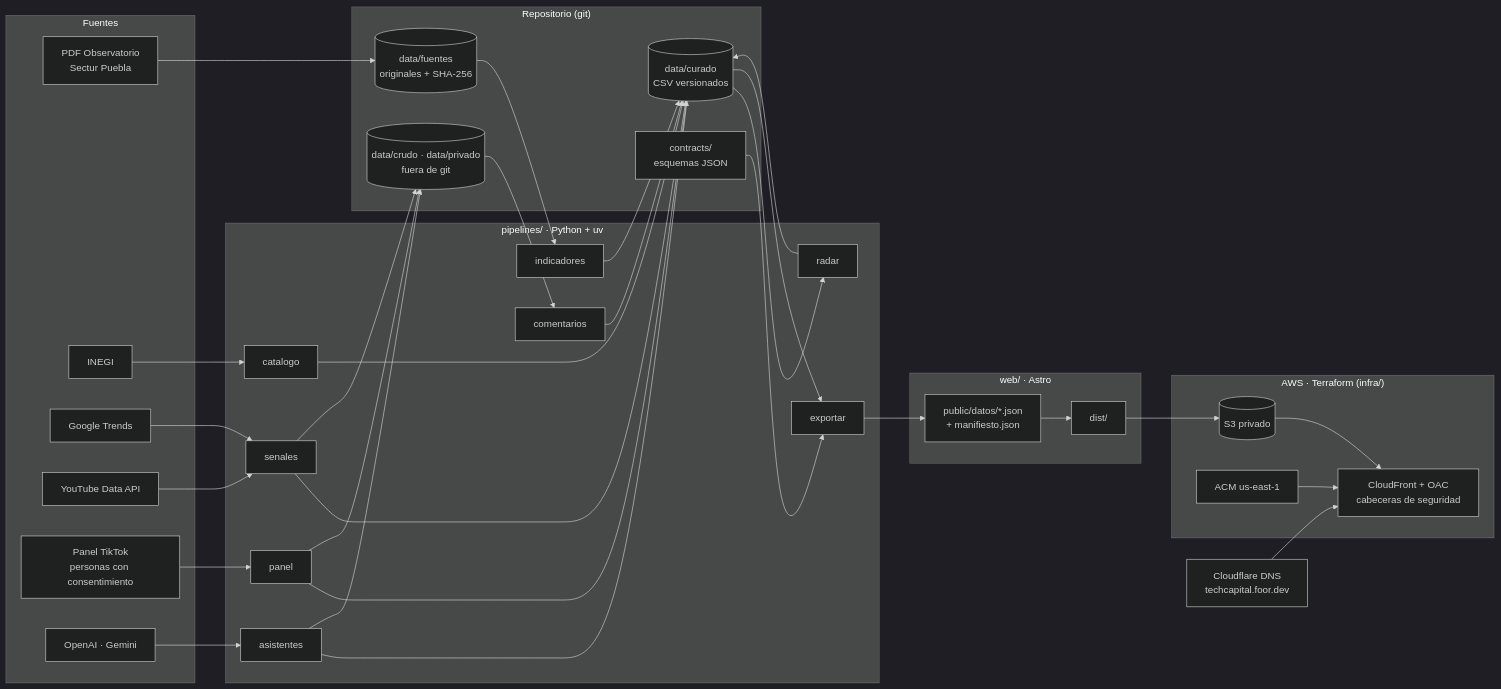
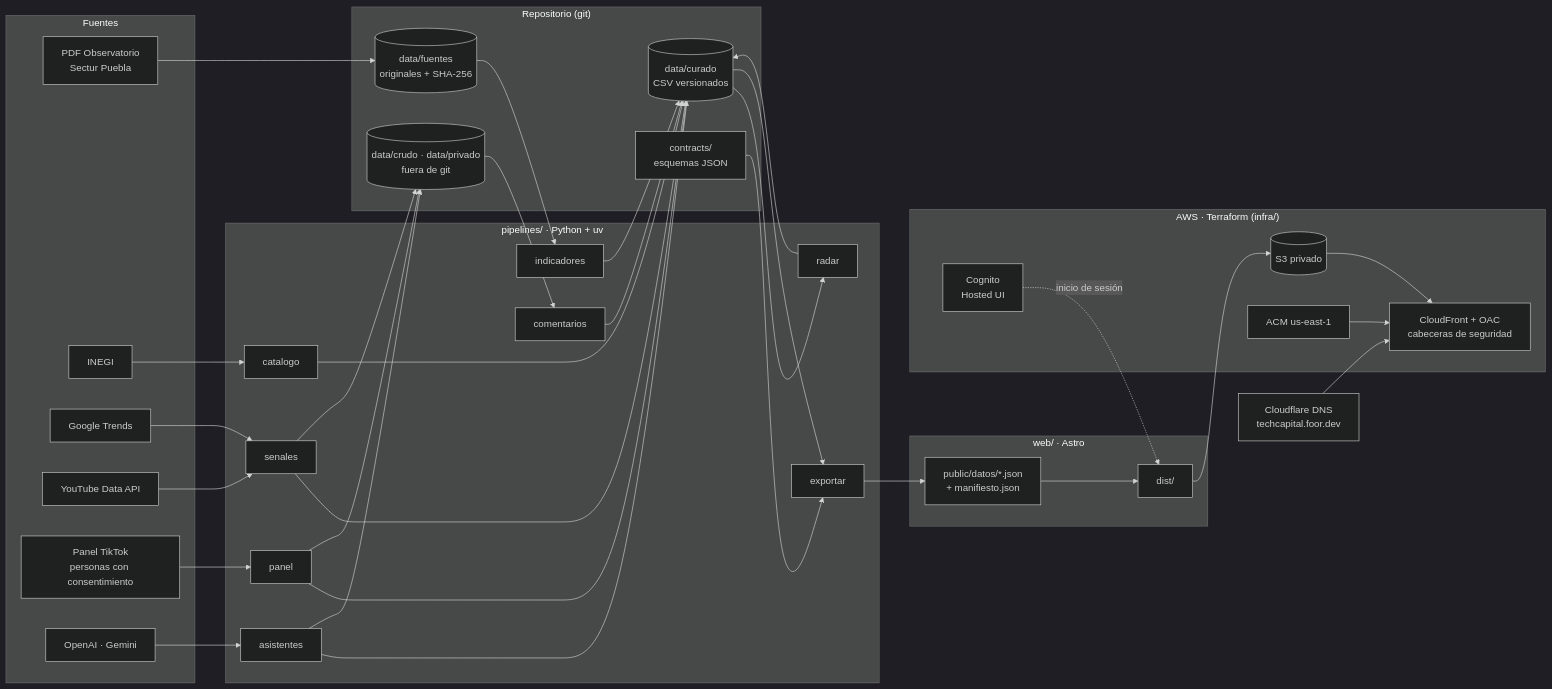
One commit to netfoor/Tech-Capital-2026 changed the diagram in docs/arquitectura.md. Above: the diagram before and after it, drawn with Mermaid (dark theme). The commit also changed other lines of this file and 42 other files, not shown here.

````diff
--- a/docs/arquitectura.md
+++ b/docs/arquitectura.md
@@ -5,58 +5,60 @@
 ```mermaid
 flowchart LR
     subgraph Fuentes
         F1[PDF Observatorio<br/>Sectur Puebla]
         F2[INEGI]
         F3[Google Trends]
         F4[YouTube Data API]
         F5[Panel TikTok<br/>personas con consentimiento]
         F6[OpenAI · Gemini]
     end
 
     subgraph Pipelines["pipelines/ · Python + uv"]
         P1[catalogo]
         P2[indicadores]
         P3[senales]
         P4[panel]
         P5[asistentes]
         P6[comentarios]
         P7[radar]
         P8[exportar]
     end
 
     subgraph Repo["Repositorio (git)"]
         D1[(data/fuentes<br/>originales + SHA-256)]
         D2[(data/curado<br/>CSV versionados)]
         D3[(data/crudo · data/privado<br/>fuera de git)]
         C[contracts/<br/>esquemas JSON]
     end
 
     subgraph Web["web/ · Astro"]
         W1[public/datos/*.json<br/>+ manifiesto.json]
         W2[dist/]
     end
 
     subgraph AWS["AWS · Terraform (infra/)"]
         S3[(S3 privado)]
         CF[CloudFront + OAC<br/>cabeceras de seguridad]
         ACM[ACM us-east-1]
+        COG[Cognito<br/>Hosted UI]
     end
 
     DNS[Cloudflare DNS<br/>techcapital.foor.dev]
 
     F1 --> D1 --> P2
     F2 --> P1
     F3 --> P3
     F4 --> P3
     F5 --> P4
     F6 --> P5
     P1 & P2 & P3 & P4 & P5 & P6 --> D2
     P3 & P4 & P5 --> D3
     D3 --> P6
     D2 --> P7 --> D2
     D2 --> P8
     C --> P8
     P8 --> W1 --> W2 --> S3 --> CF
     ACM --> CF
+    COG -. inicio de sesión .-> W2
     DNS --> CF
 ```
````
